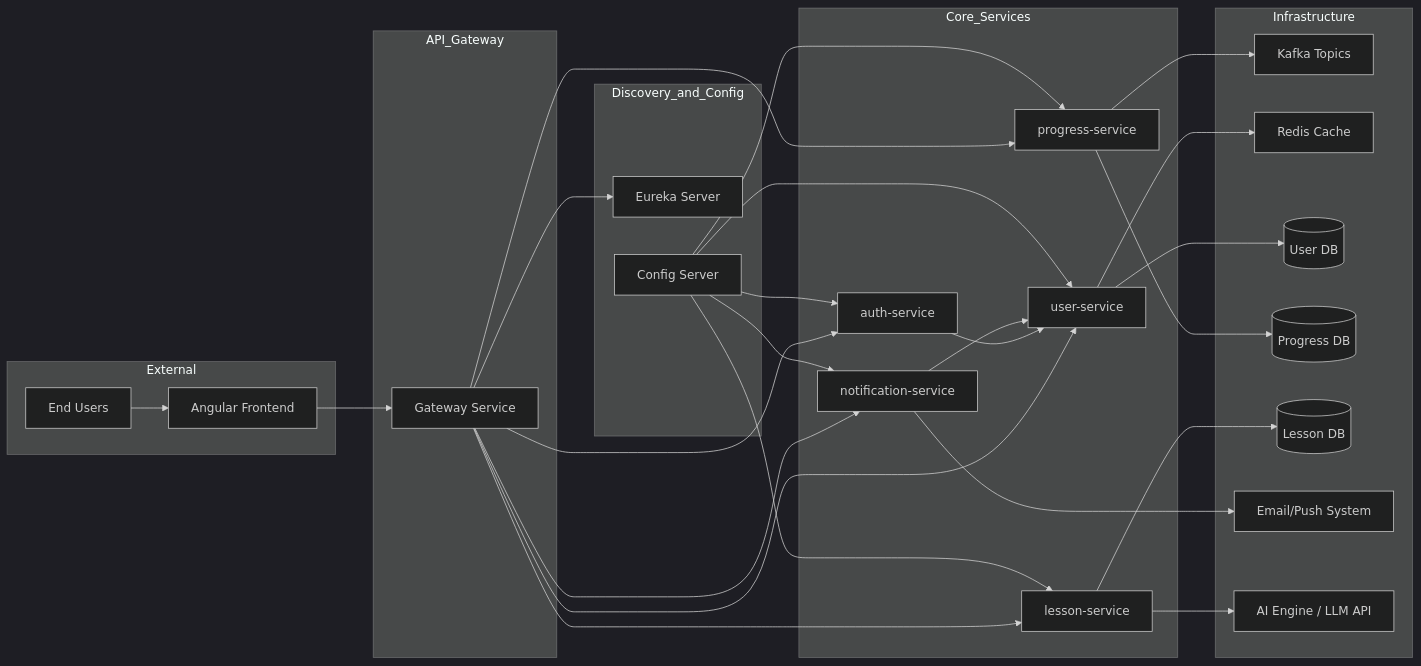
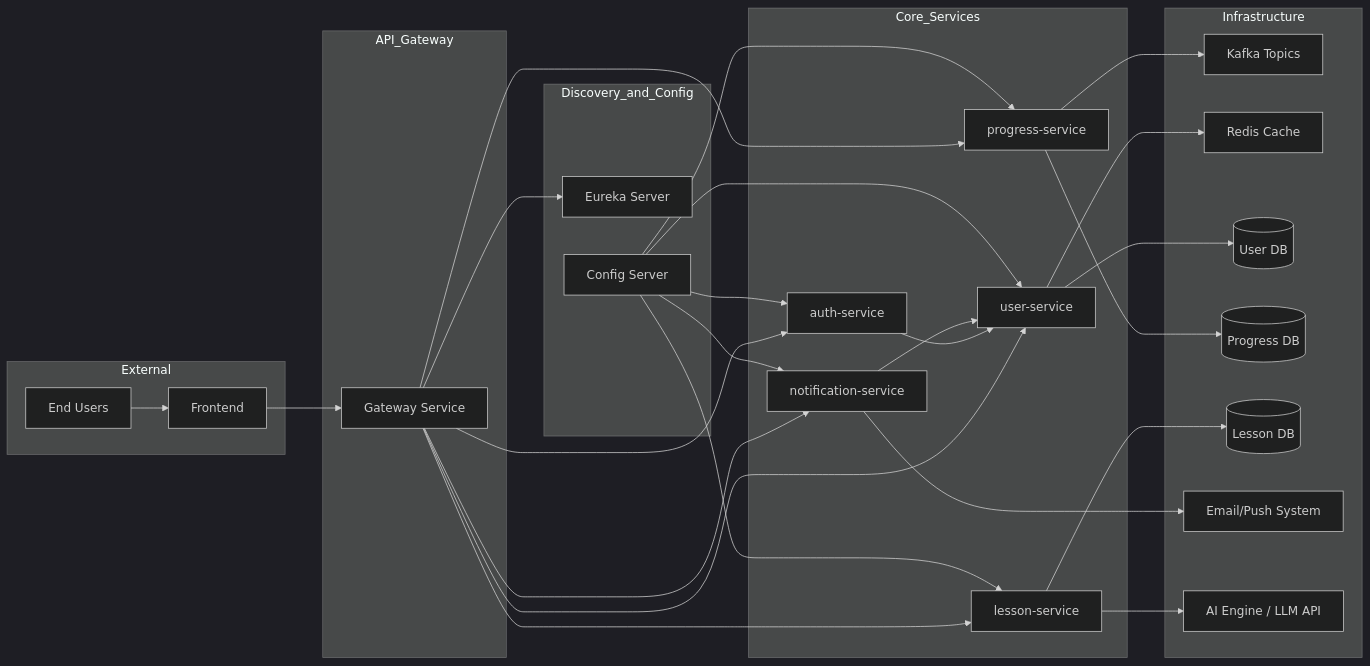
Before and after one commit to sanjay872/QuantiLearn: the diagram in README.md, drawn with Mermaid (dark theme). The commit also changed other lines of this file, not shown here.

````diff
--- a/README.md
+++ b/README.md
@@ -30,62 +30,62 @@
 ```mermaid
 graph LR
   subgraph External
-    UI[Angular Frontend]
+    UI[Frontend]
     User[End Users]
   end
 
   subgraph API_Gateway
     GW[Gateway Service]
   end
 
   subgraph Discovery_and_Config
     EUREKA[Eureka Server]
     CONFIG[Config Server]
   end
 
   subgraph Core_Services
     AUTH[auth-service]
     USER[user-service]
     PROG[progress-service]
     LES[lesson-service]
     NOTIF[notification-service]
   end
 
   subgraph Infrastructure
     KAFKA[Kafka Topics]
     REDIS[Redis Cache]
     DB_User[(User DB)]
     DB_Progress[(Progress DB)]
     DB_Lesson[(Lesson DB)]
     EMAIL[Email/Push System]
     AIModel[AI Engine / LLM API]
   end
 
   User --> UI
   UI --> GW
   GW --> EUREKA
   GW --> AUTH
   GW --> USER
   GW --> PROG
   GW --> LES
   GW --> NOTIF
 
   AUTH --> USER
   USER --> REDIS
   USER --> DB_User
 
   PROG --> KAFKA
   PROG --> DB_Progress
 
   LES --> DB_Lesson
   LES --> AIModel
 
   NOTIF --> EMAIL
   NOTIF --> USER
 
   CONFIG --> AUTH
   CONFIG --> USER
   CONFIG --> PROG
   CONFIG --> LES
   CONFIG --> NOTIF
 ```
````
